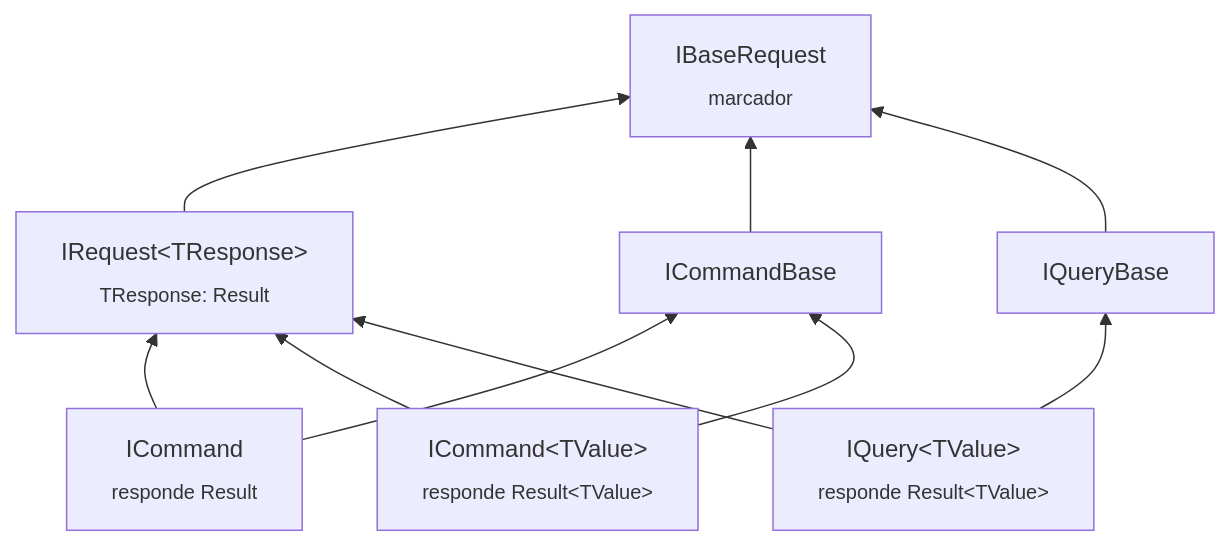
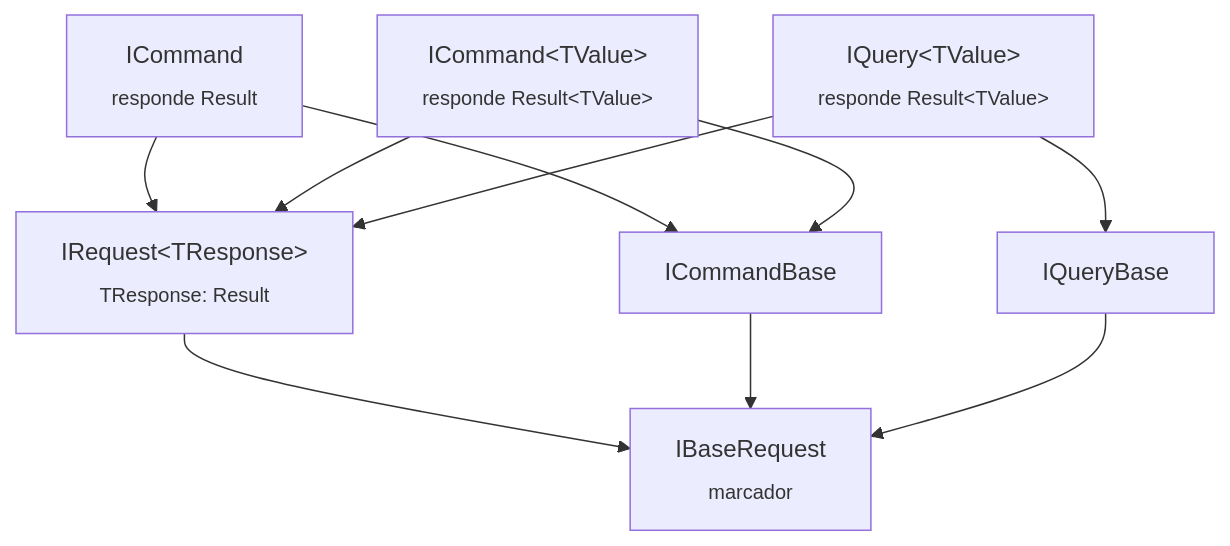
Before and after one commit to tudoemcodigo/lib-tec-cqrs: the diagram in docs/commands-e-queries.md, drawn with Mermaid. The commit also changed 40 other files, not shown here.

````diff
--- a/docs/commands-e-queries.md
+++ b/docs/commands-e-queries.md
@@ -26,19 +26,19 @@
 ```mermaid
-flowchart BT
+flowchart TB
     BR["IBaseRequest<br/><sub>marcador</sub>"]
     RQ["IRequest&lt;TResponse&gt;<br/><sub>TResponse: Result</sub>"]
     CB["ICommandBase"]
     QB["IQueryBase"]
     C0["ICommand<br/><sub>responde Result</sub>"]
     C1["ICommand&lt;TValue&gt;<br/><sub>responde Result&lt;TValue&gt;</sub>"]
     Q1["IQuery&lt;TValue&gt;<br/><sub>responde Result&lt;TValue&gt;</sub>"]
     RQ --> BR
     CB --> BR
     QB --> BR
     C0 --> RQ
     C0 --> CB
     C1 --> RQ
     C1 --> CB
     Q1 --> RQ
     Q1 --> QB
 ```
````
